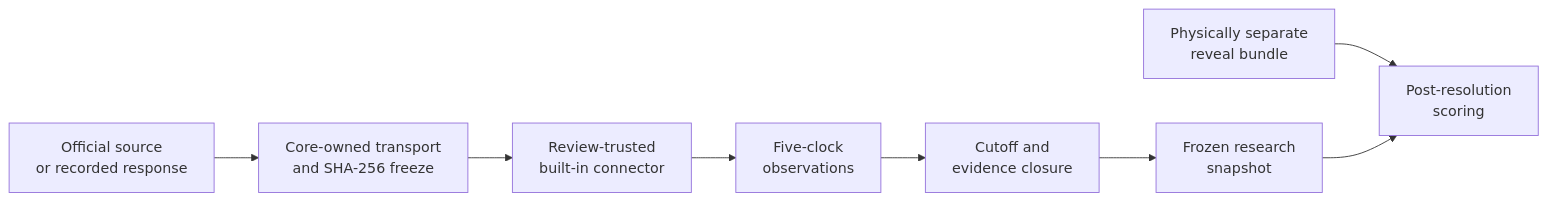
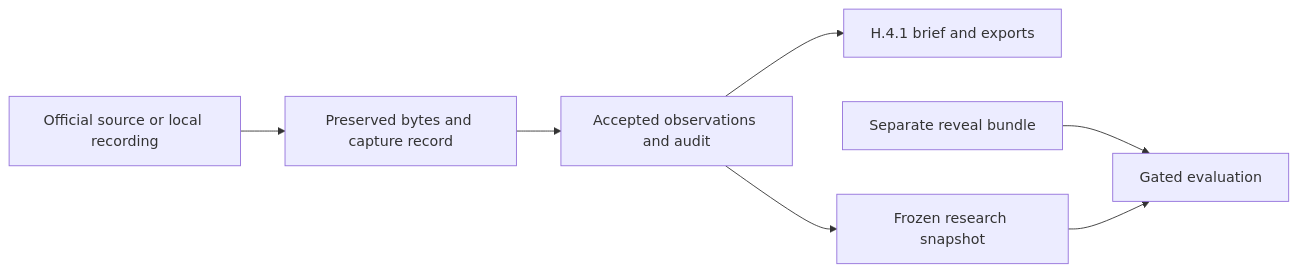
One commit to alainresearch/OpenMacroState changed the diagram in README.md. Above: the diagram before and after it, drawn with Mermaid. The commit also changed other lines of this file and 14 other files, not shown here.

````diff
--- a/README.md
+++ b/README.md
@@ -31,10 +138,9 @@
 ```mermaid
 flowchart LR
-    A["Official source<br/>or recorded response"] --> B["Core-owned transport<br/>and SHA-256 freeze"]
-    B --> C["Review-trusted<br/>built-in connector"]
-    C --> D["Five-clock<br/>observations"]
-    D --> E["Cutoff and<br/>evidence closure"]
-    E --> F["Frozen research<br/>snapshot"]
-    G["Physically separate<br/>reveal bundle"] --> H["Post-resolution<br/>scoring"]
-    F --> H
+    A["Official source or local recording"] --> B["Preserved bytes and capture record"]
+    B --> C["Accepted observations and audit"]
+    C --> D["H.4.1 brief and exports"]
+    C --> E["Frozen research snapshot"]
+    F["Separate reveal bundle"] --> G["Gated evaluation"]
+    E --> G
 ```
````
